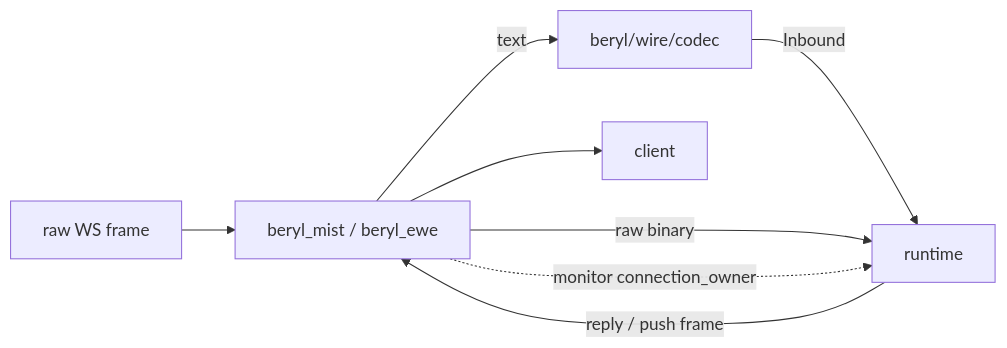
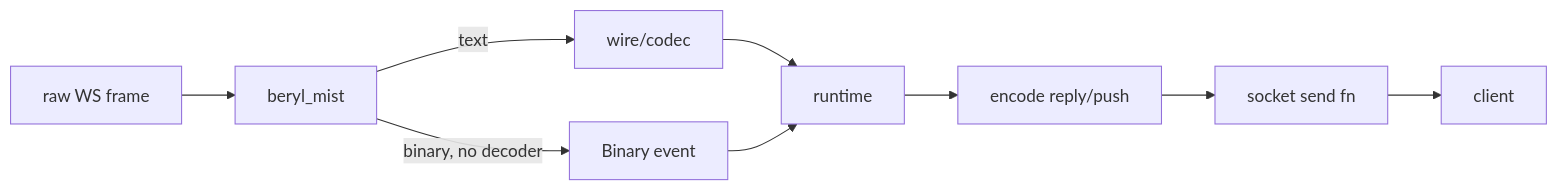
The diagram in website/src/content/docs/architecture/wire-and-transport.md (tylerbutler/beryl), drawn with Mermaid before and after one commit. The commit also changed other lines of this file and 42 other files, not shown here.

````diff
--- a/website/src/content/docs/architecture/wire-and-transport.md
+++ b/website/src/content/docs/architecture/wire-and-transport.md
@@ -86,10 +82,9 @@
 ```mermaid
 flowchart LR
-  FR["raw WS frame"] --> TR["beryl_mist / beryl_ewe"]
-  TR -->|text| CD["beryl/wire/codec"]
-  CD -->|Inbound| RT["runtime"]
-  TR -->|raw binary| RT
-  RT -->|reply / push frame| TR
-  TR --> CL["client"]
-  TR -. monitor connection_owner .-> RT
+  FR["raw WS frame"] --> MI["beryl_mist"]
+  MI -->|text| CD["wire/codec"]
+  MI -->|binary, no decoder| RB["Binary event"]
+  CD --> RT["runtime"]
+  RB --> RT
+  RT --> EN["encode reply/push"] --> SF["socket send fn"] --> CL["client"]
 ```
````
